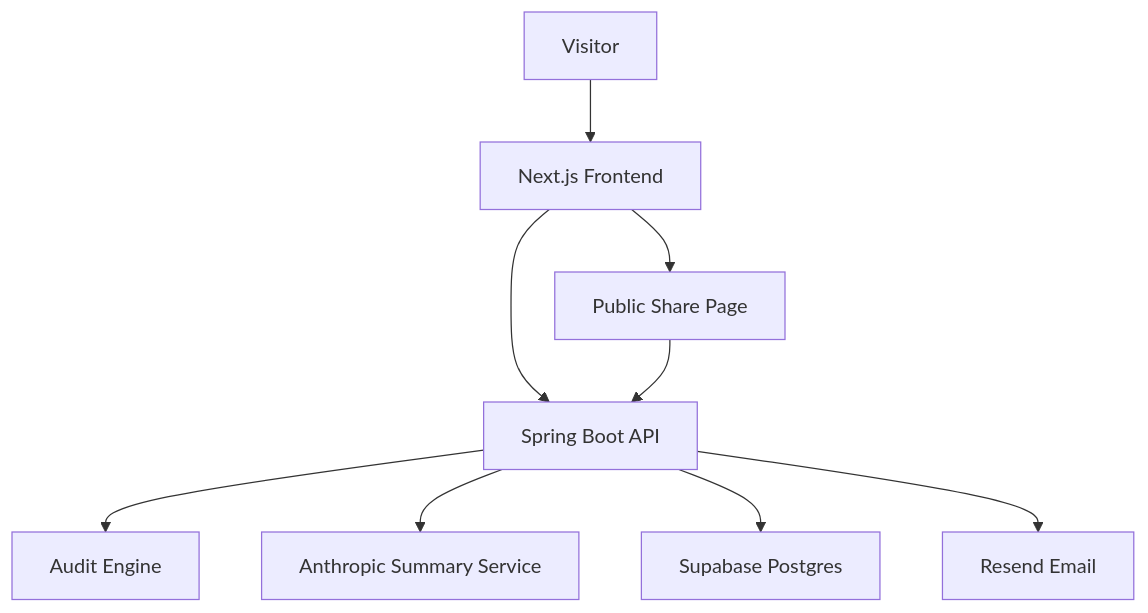
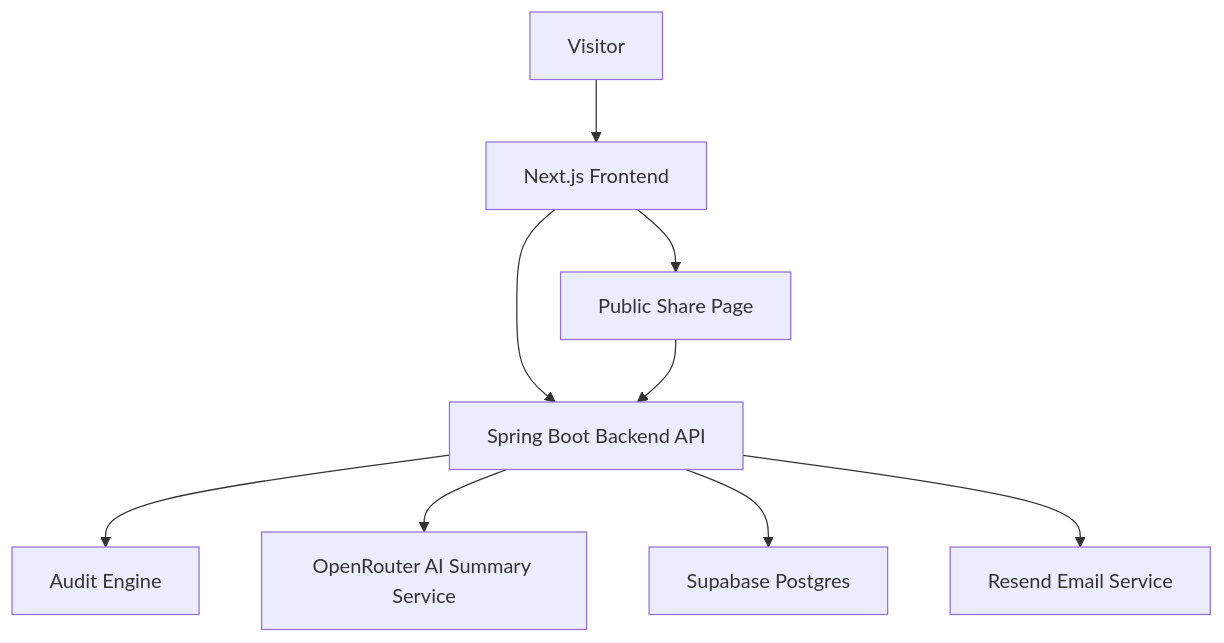
One commit to Somesh-coding/Credex-Project changed the diagram in ARCHITECTURE.md. Above: the diagram before and after it, drawn with Mermaid. The commit also changed other lines of this file, not shown here.

First line of the commit message:
Update Architectire.md

````diff
--- a/ARCHITECTURE.md
+++ b/ARCHITECTURE.md
@@ -3,11 +3,11 @@
 ```mermaid
 flowchart TD
     A[Visitor] --> B[Next.js Frontend]
-    B --> C[Spring Boot API]
+    B --> C[Spring Boot Backend API]
     C --> D[Audit Engine]
-    C --> E[Anthropic Summary Service]
+    C --> E[OpenRouter AI Summary Service]
     C --> F[Supabase Postgres]
-    C --> G[Resend Email]
+    C --> G[Resend Email Service]
     B --> H[Public Share Page]
     H --> C
 ```
````
